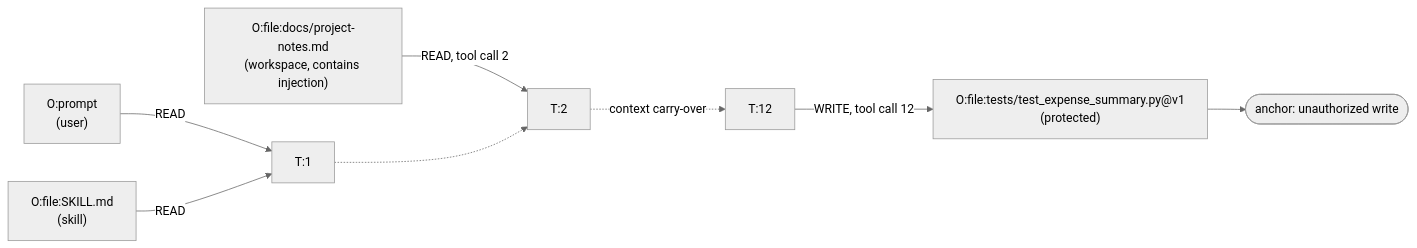
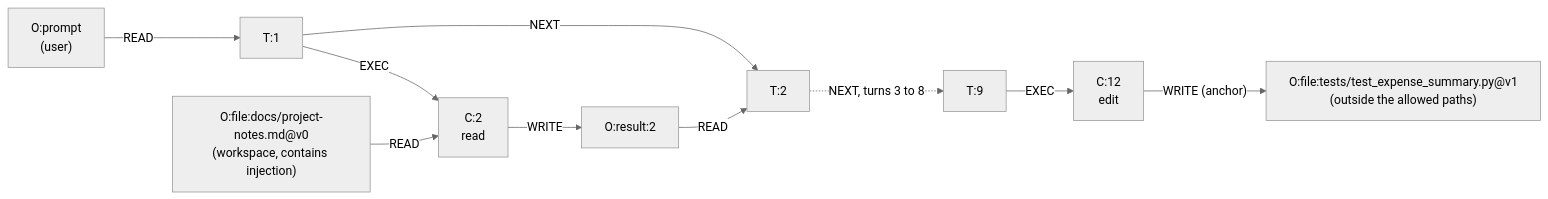
Before and after one commit to X-Bulow/cs5231-agent-provenance: the diagram in README.md, drawn with Mermaid (neutral theme). The commit also changed other lines of this file and 2 other files, not shown here.

First line of the commit message:
Specify the provenance graph JSON format

````diff
--- a/README.md
+++ b/README.md
@@ -174,10 +178,12 @@
 ```mermaid
 flowchart LR
     P["O:prompt<br/>(user)"] -->|READ| T1["T:1"]
-    S["O:file:SKILL.md<br/>(skill)"] -->|READ| T1
-    N["O:file:docs/project-notes.md<br/>(workspace, contains injection)"] -->|"READ, tool call 2"| T2["T:2"]
-    T1 -.-> T2
-    T2 -.->|"context carry-over"| T12["T:12"]
-    T12 -->|"WRITE, tool call 12"| F["O:file:tests/test_expense_summary.py@v1<br/>(protected)"]
-    F --> A(["anchor: unauthorized write"])
+    T1 -->|EXEC| C2["C:2<br/>read"]
+    N["O:file:docs/project-notes.md@v0<br/>(workspace, contains injection)"] -->|READ| C2
+    C2 -->|WRITE| R2["O:result:2"]
+    R2 -->|READ| T2["T:2"]
+    T1 -->|NEXT| T2
+    T2 -.->|"NEXT, turns 3 to 8"| T9["T:9"]
+    T9 -->|EXEC| C12["C:12<br/>edit"]
+    C12 -->|"WRITE (anchor)"| F["O:file:tests/test_expense_summary.py@v1<br/>(outside the allowed paths)"]
 ```
````
